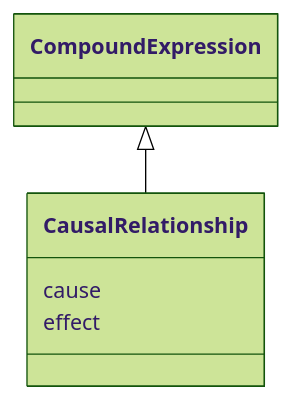
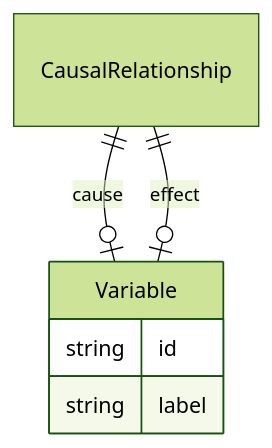
One commit to monarch-initiative/ontogpt changed the diagram in docs/environmental_sample/CausalRelationship.md. Above: the diagram before and after it, drawn with Mermaid (forest theme). The commit also changed 187 other files, not shown here.

````diff
--- a/docs/environmental_sample/CausalRelationship.md
+++ b/docs/environmental_sample/CausalRelationship.md
@@ -8,9 +8,14 @@
 ```mermaid
- classDiagram
-    class CausalRelationship
-      CompoundExpression <|-- CausalRelationship
-      
-      CausalRelationship : cause
-      CausalRelationship : effect
-      
+erDiagram
+CausalRelationship {
+
+}
+Variable {
+    string id  
+    string label  
+}
+
+CausalRelationship ||--|o Variable : "cause"
+CausalRelationship ||--|o Variable : "effect"
+
 ```
````
